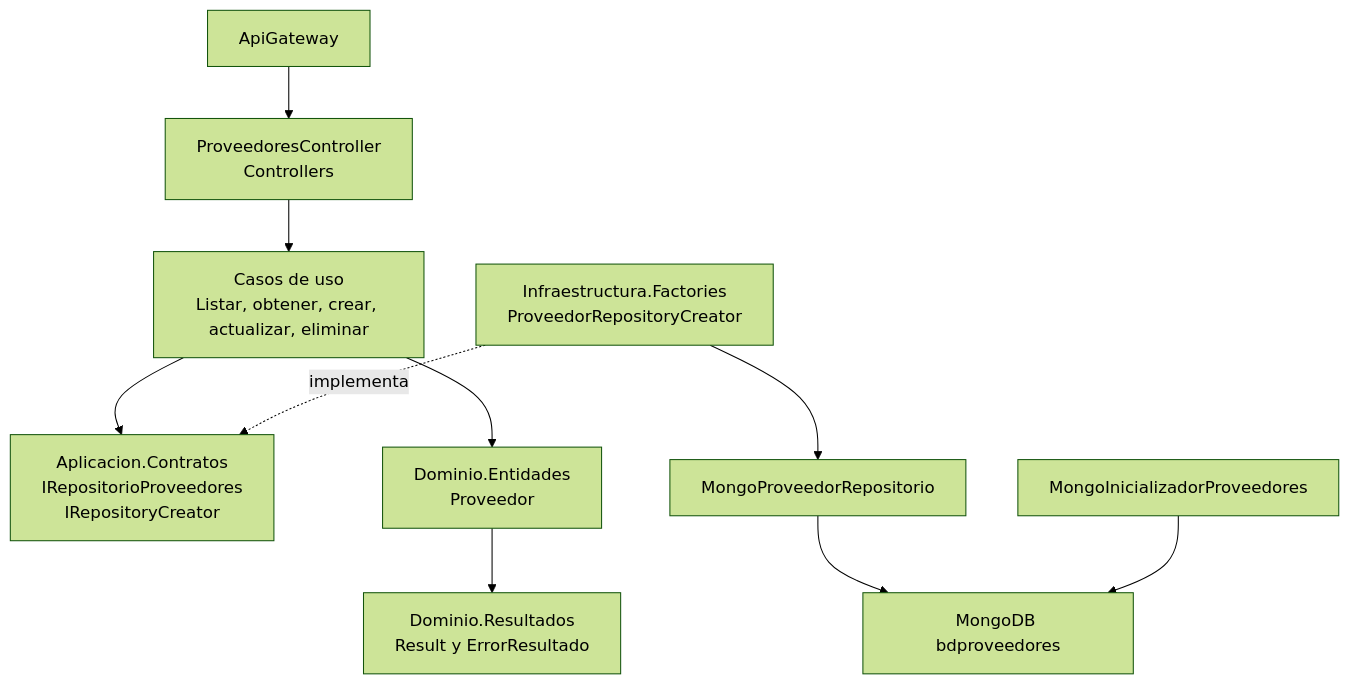
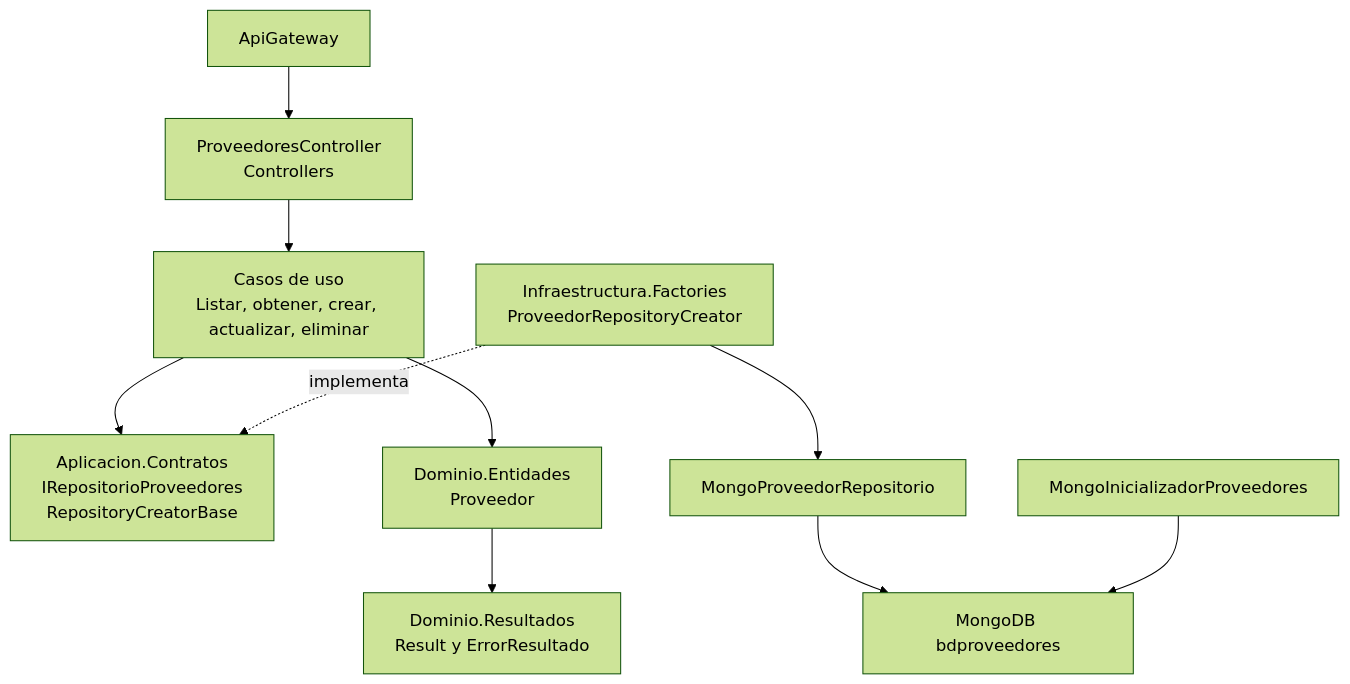
The fourth of 10 diagrams in FERRETERIA_JOEL_Web/Documentacion/Documento_Entregable_Unico.md (Macacofig/Ferreteria_Joel_MicroServicios), drawn with Mermaid (forest theme) before and after one commit. The commit also changed other lines of this file and 39 other files, not shown here.

````diff
--- a/FERRETERIA_JOEL_Web/Documentacion/Documento_Entregable_Unico.md
+++ b/FERRETERIA_JOEL_Web/Documentacion/Documento_Entregable_Unico.md
@@ -244,23 +246,23 @@
 ```mermaid
 graph TB
     Cliente["ApiGateway"]
     Controller["ProveedoresController<br/>Controllers"]
     Casos["Casos de uso<br/>Listar, obtener, crear, actualizar, eliminar"]
-    Contratos["Aplicacion.Contratos<br/>IRepositorioProveedores<br/>IRepositoryCreator"]
+    Contratos["Aplicacion.Contratos<br/>IRepositorioProveedores<br/>RepositoryCreatorBase"]
     Entidad["Dominio.Entidades<br/>Proveedor"]
     Resultado["Dominio.Resultados<br/>Result y ErrorResultado"]
     Creador["Infraestructura.Factories<br/>ProveedorRepositoryCreator"]
     Repo["MongoProveedorRepositorio"]
     Inicializador["MongoInicializadorProveedores"]
     Mongo["MongoDB bdproveedores"]
 
     Cliente --> Controller
     Controller --> Casos
     Casos --> Contratos
     Casos --> Entidad
     Entidad --> Resultado
     Creador -.->|"implementa"| Contratos
     Creador --> Repo
     Repo --> Mongo
     Inicializador --> Mongo
 ```
````
